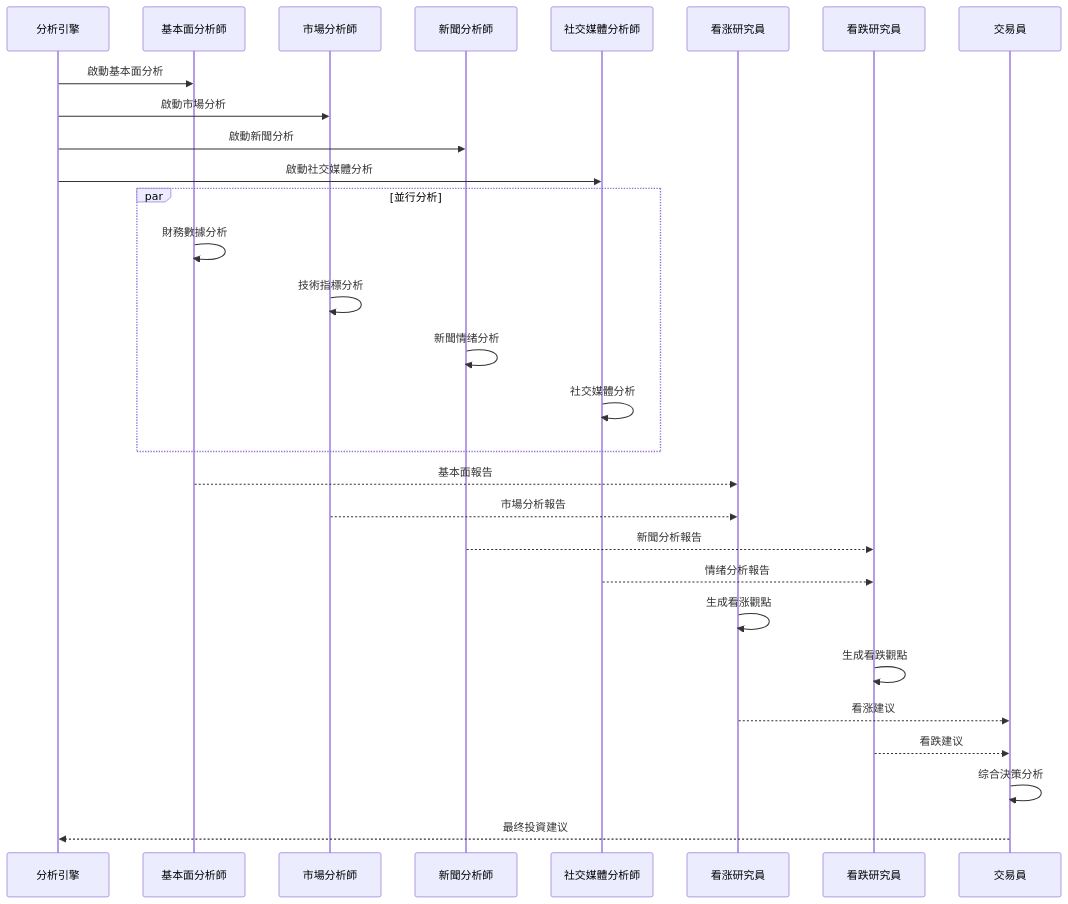
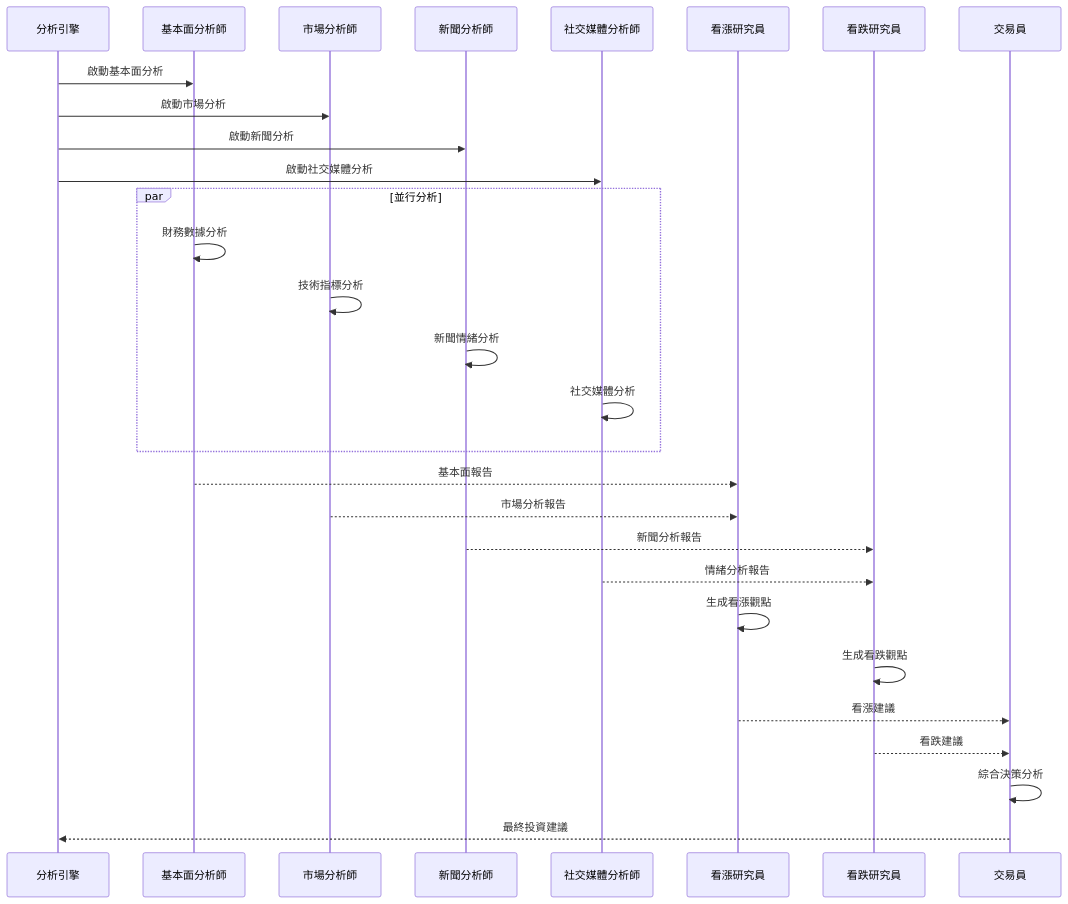
One commit to aiinpocket/TradingAgents-CN changed the third of 5 diagrams in docs/design/stock_analysis_system_design.md. Above: the diagram before and after it, drawn with Mermaid. The commit also changed other lines of this file and 277 other files, not shown here.

````diff
--- a/docs/design/stock_analysis_system_design.md
+++ b/docs/design/stock_analysis_system_design.md
@@ -170,37 +167,37 @@
 ```mermaid
 sequenceDiagram
     participant Graph as 分析引擎
     participant FA as 基本面分析師
     participant MA as 市場分析師
     participant NA as 新聞分析師
     participant SA as 社交媒體分析師
-    participant BR as 看涨研究員
+    participant BR as 看漲研究員
     participant BEAR as 看跌研究員
     participant TRADER as 交易員
 
     Graph->>FA: 啟動基本面分析
     Graph->>MA: 啟動市場分析
     Graph->>NA: 啟動新聞分析
     Graph->>SA: 啟動社交媒體分析
-    
+
     par 並行分析
         FA->>FA: 財務數據分析
         MA->>MA: 技術指標分析
-        NA->>NA: 新聞情绪分析
+        NA->>NA: 新聞情緒分析
         SA->>SA: 社交媒體分析
     end
-    
+
     FA-->>BR: 基本面報告
     MA-->>BR: 市場分析報告
     NA-->>BEAR: 新聞分析報告
-    SA-->>BEAR: 情绪分析報告
-    
-    BR->>BR: 生成看涨觀點
+    SA-->>BEAR: 情緒分析報告
+
+    BR->>BR: 生成看漲觀點
     BEAR->>BEAR: 生成看跌觀點
-    
-    BR-->>TRADER: 看涨建议
-    BEAR-->>TRADER: 看跌建议
-    
-    TRADER->>TRADER: 综合決策分析
-    TRADER-->>Graph: 最终投資建议
+
+    BR-->>TRADER: 看漲建議
+    BEAR-->>TRADER: 看跌建議
+
+    TRADER->>TRADER: 綜合決策分析
+    TRADER-->>Graph: 最終投資建議
 ```
````
